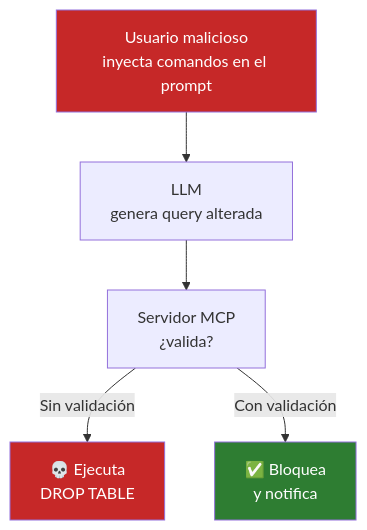
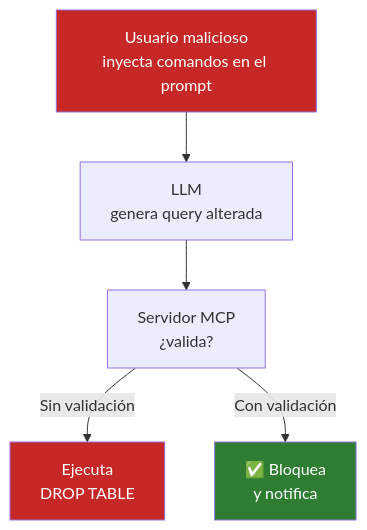
One commit to Adamychen/m10_quarto changed the first of 2 diagrams in bloque2/hpd3-servidor-mcp.qmd. Above: the diagram before and after it, drawn with Mermaid. The commit also changed other lines of this file and 34 other files, not shown here.

````diff
--- a/bloque2/hpd3-servidor-mcp.qmd
+++ b/bloque2/hpd3-servidor-mcp.qmd
@@ -623,11 +623,11 @@
 ```{mermaid}
 graph TD
     A[Usuario malicioso<br/>inyecta comandos en el prompt] --> B[LLM<br/>genera query alterada]
     B --> C[Servidor MCP<br/>¿valida?]
-    C -->|"Sin validación"| D["💀 Ejecuta<br/>DROP TABLE"]
+    C -->|"Sin validación"| D["Ejecuta<br/>DROP TABLE"]
     C -->|"Con validación"| E["✅ Bloquea<br/>y notifica"]
 
     style A fill:#c62828,color:#fff
     style D fill:#c62828,color:#fff
     style E fill:#2e7d32,color:#fff
 ```
````
